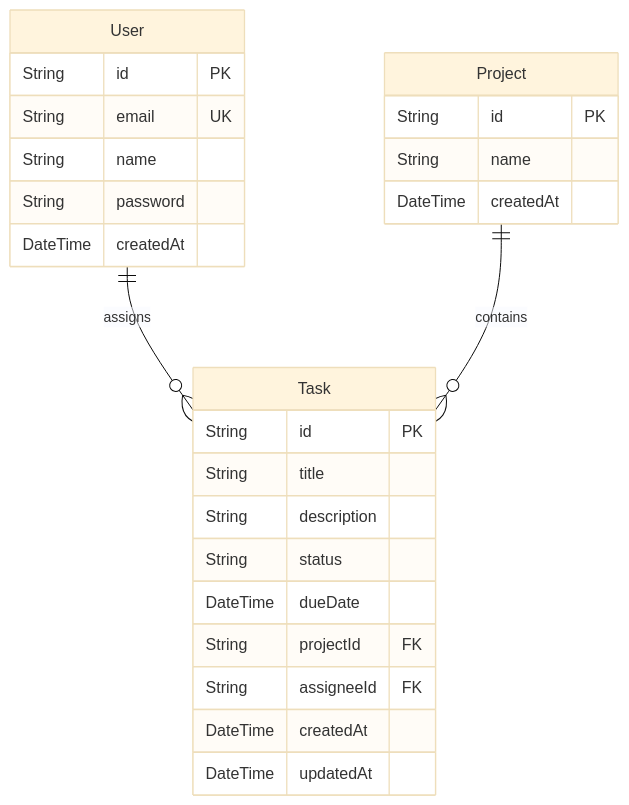
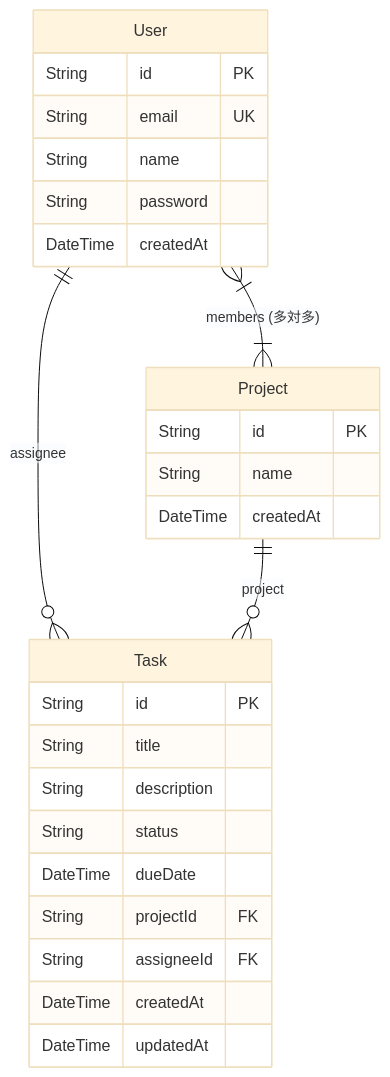
Before and after one commit to kojiro-tsuji/task-app-asana-clone: the second of 2 diagrams in README.md, drawn with Mermaid (base theme). The commit also changed other lines of this file, not shown here.

````diff
--- a/README.md
+++ b/README.md
@@ -89,29 +96,30 @@
 ```mermaid
 erDiagram
     User {
         String id PK
         String email UK
         String name
         String password
         DateTime createdAt
     }
     Project {
         String id PK
         String name
         DateTime createdAt
     }
     Task {
         String id PK
         String title
         String description
         String status
         DateTime dueDate
         String projectId FK
         String assigneeId FK
         DateTime createdAt
         DateTime updatedAt
     }
 
-    User ||--o{ Task : "assigns"
-    Project ||--o{ Task : "contains"
+    User ||--o{ Task : "assignee"
+    Project ||--o{ Task : "project"
+    User }|--|{ Project : "members (多対多)"
 ```
````
